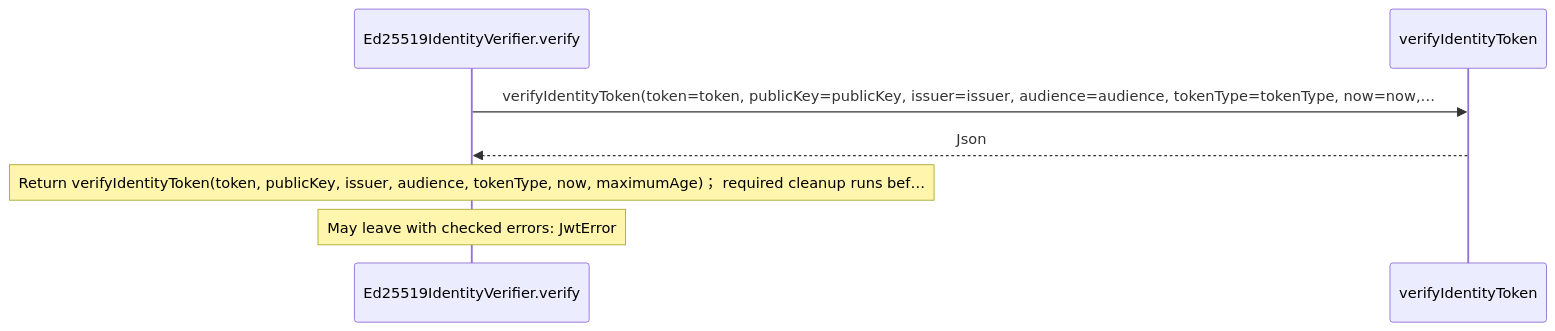
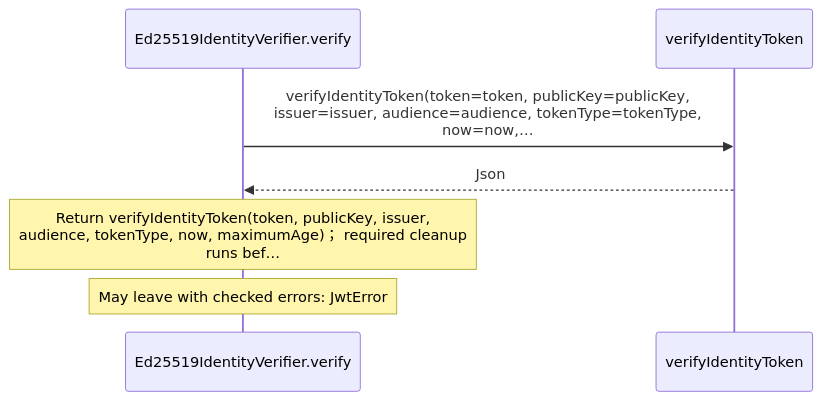
One commit to GreenPandaStudios/augscript changed diagram 14 of 14 in src/stdlib/crypto/jose.aug.diagrams.md. Above: the diagram before and after it, drawn with Mermaid. The commit also changed other lines of this file and 200 other files, not shown here.

Commit message:
Group imported operations and wrap readable sequence messages

````diff
--- a/src/stdlib/crypto/jose.aug.diagrams.md
+++ b/src/stdlib/crypto/jose.aug.diagrams.md
@@ -602,9 +572,9 @@
 ```mermaid
 sequenceDiagram
     participant p0 as Ed25519IdentityVerifier.verify
     participant p1 as verifyIdentityToken
-    p0->>p1: verifyIdentityToken(token=token, publicKey=publicKey, issuer=issuer, audience=audience, tokenType=tokenType, now=now,…
+    p0->>p1: verifyIdentityToken(token=token, publicKey=publicKey,<br/>issuer=issuer, audience=audience, tokenType=tokenType,<br/>now=now,…
     p1-->>p0: Json
-    Note over p0: Return verifyIdentityToken(token, publicKey, issuer, audience, tokenType, now, maximumAge)； required cleanup runs bef…
+    Note over p0: Return verifyIdentityToken(token, publicKey, issuer,<br/>audience, tokenType, now, maximumAge)； required cleanup<br/>runs bef…
     Note over p0: May leave with checked errors: JwtError
 ```
````
